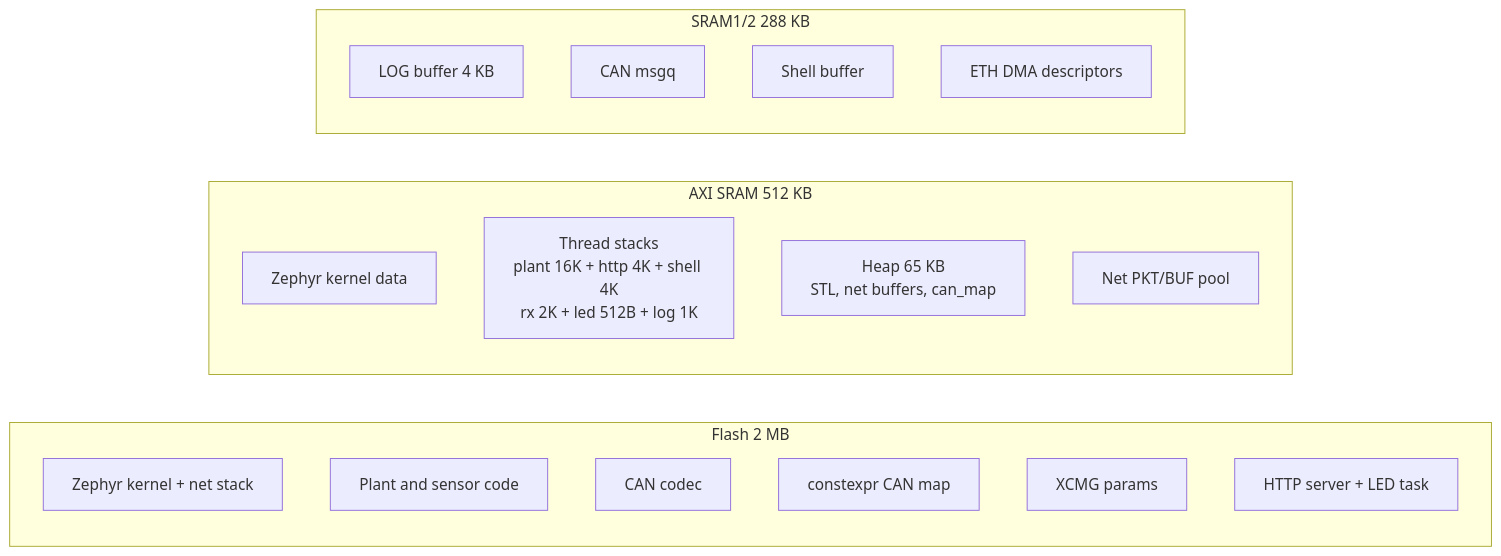
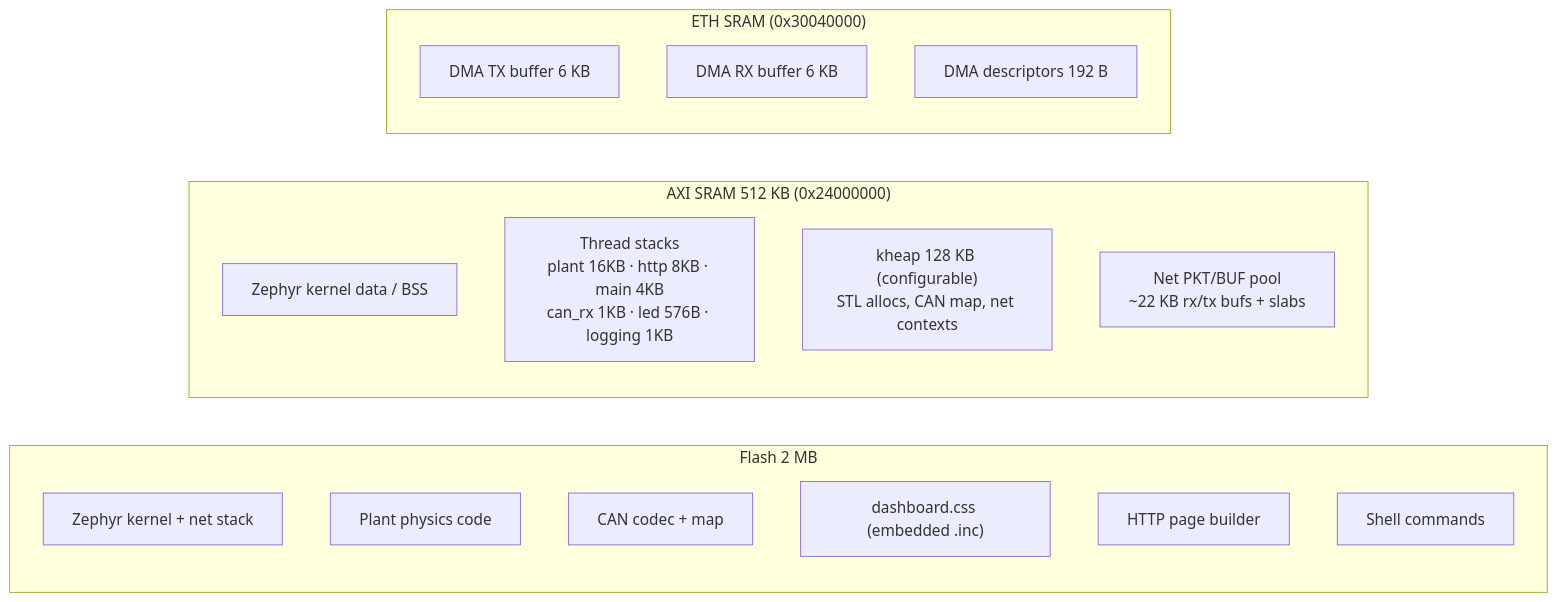
The sixth of 7 diagrams in docs/zephyr/ZEPHYR_PORT.md (mtilocca/vehicle-Dynamics-Sim-Can), drawn with Mermaid before and after one commit. The commit also changed other lines of this file and 2 other files, not shown here.

Commit message:
zephyr RTOS

````diff
--- a/docs/zephyr/ZEPHYR_PORT.md
+++ b/docs/zephyr/ZEPHYR_PORT.md
@@ -736,25 +797,24 @@
 ```mermaid
 graph LR
     subgraph FLASH["Flash 2 MB"]
         F1["Zephyr kernel + net stack"]
-        F2["Plant and sensor code"]
-        F3["CAN codec"]
-        F4["constexpr CAN map"]
-        F5["XCMG params"]
-        F6["HTTP server + LED task"]
+        F2["Plant physics code"]
+        F3["CAN codec + map"]
+        F4["dashboard.css (embedded .inc)"]
+        F5["HTTP page builder"]
+        F6["Shell commands"]
     end
 
-    subgraph AXI["AXI SRAM 512 KB"]
-        A1["Zephyr kernel data"]
-        A2["Thread stacks\nplant 16K + http 4K + shell 4K\nrx 2K + led 512B + log 1K"]
-        A3["Heap 65 KB\nSTL, net buffers, can_map"]
-        A4["Net PKT/BUF pool"]
+    subgraph AXI["AXI SRAM 512 KB (0x24000000)"]
+        A1["Zephyr kernel data / BSS"]
+        A2["Thread stacks\nplant 16KB · http 8KB · main 4KB\ncan_rx 1KB · led 576B · logging 1KB"]
+        A3["kheap 128 KB (configurable)\nSTL allocs, CAN map, net contexts"]
+        A4["Net PKT/BUF pool\n~22 KB rx/tx bufs + slabs"]
     end
 
-    subgraph SRAM12["SRAM1/2 288 KB"]
-        S1["LOG buffer 4 KB"]
-        S2["CAN msgq"]
-        S3["Shell buffer"]
-        S4["ETH DMA descriptors"]
+    subgraph ETH_SRAM["ETH SRAM (0x30040000)"]
+        S1["DMA TX buffer 6 KB"]
+        S2["DMA RX buffer 6 KB"]
+        S3["DMA descriptors 192 B"]
     end
 ```
````
